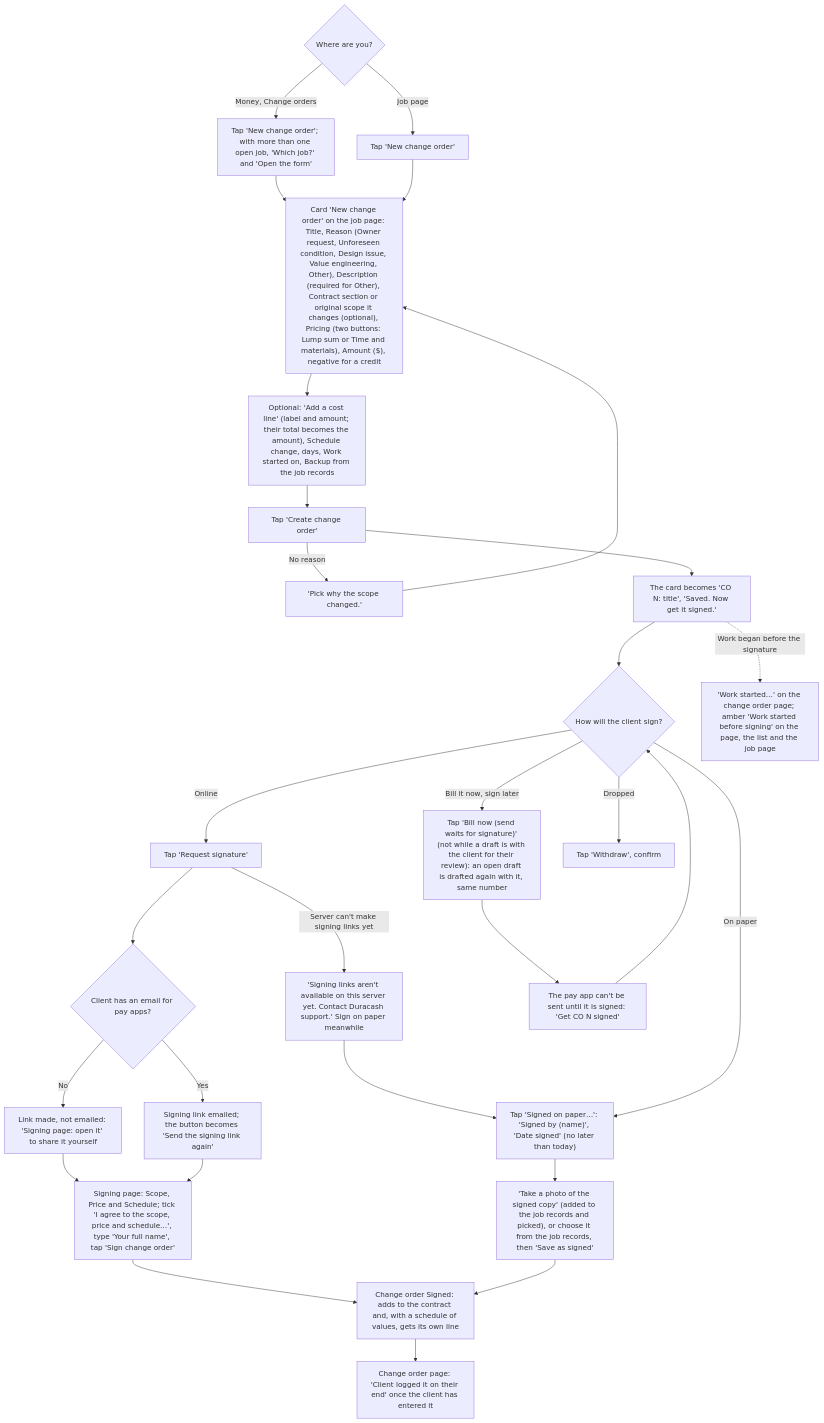
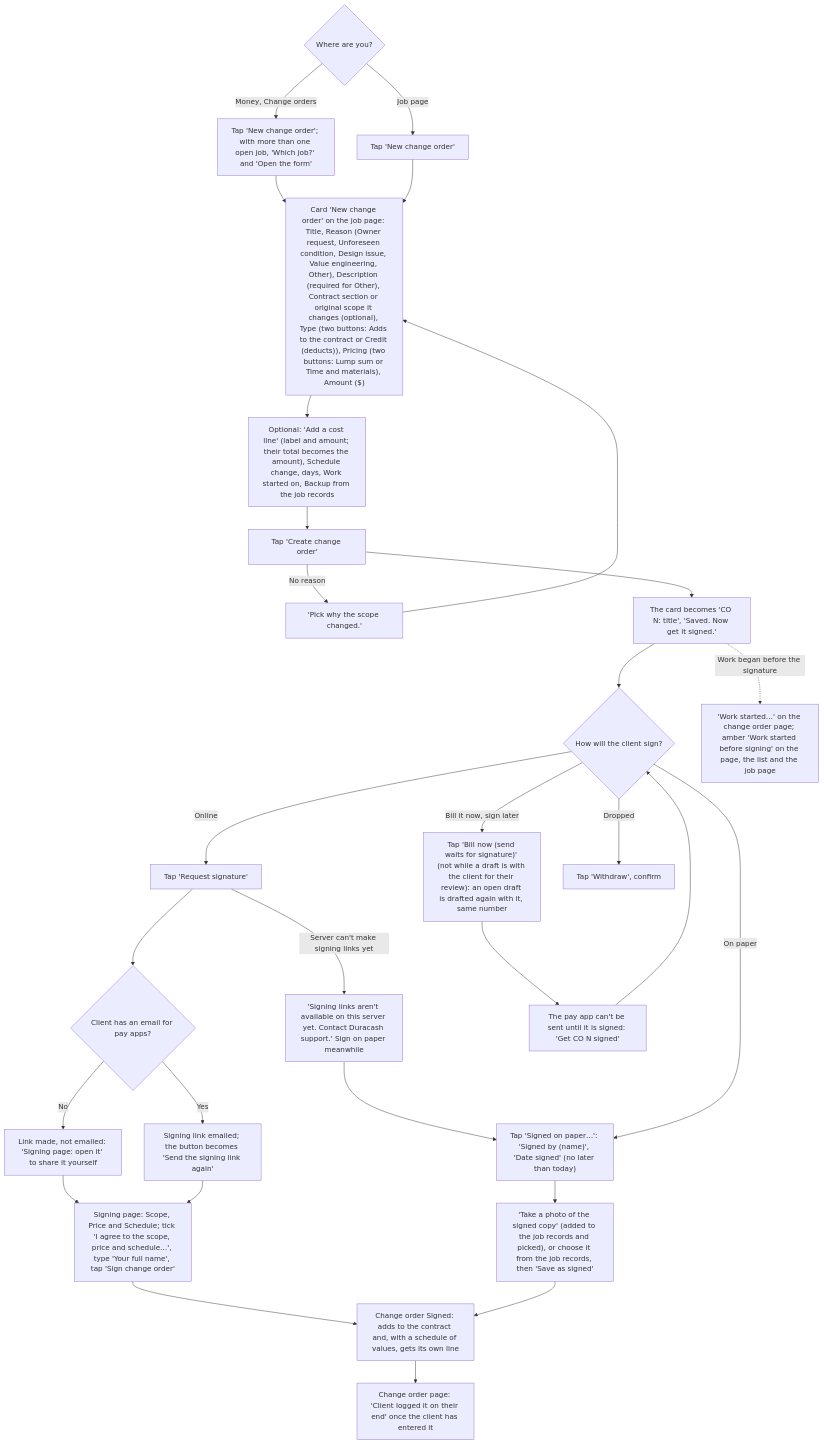
One commit to cartwrightstephen/billdable changed the sixth of 18 diagrams in docs/client-flows.md. Above: the diagram before and after it, drawn with Mermaid. The commit also changed 7 other files, not shown here.

First line of the commit message:
Change orders: a plain Credit (deducts) choice for a negative change order

````diff
--- a/docs/client-flows.md
+++ b/docs/client-flows.md
@@ -274,31 +274,31 @@
 ```mermaid
 flowchart TD
     A{"Where are you?"} -->|"Job page"| A1["Tap 'New change order'"]
     A -->|"Money, Change orders"| A2["Tap 'New change order'; with more than one open job, 'Which job?' and 'Open the form'"]
     A2 --> B
-    A1 --> B["Card 'New change order' on the job page: Title, Reason (Owner request, Unforeseen condition, Design issue, Value engineering, Other), Description (required for Other), Contract section or original scope it changes (optional), Pricing (two buttons: Lump sum or Time and materials), Amount ($), negative for a credit"]
+    A1 --> B["Card 'New change order' on the job page: Title, Reason (Owner request, Unforeseen condition, Design issue, Value engineering, Other), Description (required for Other), Contract section or original scope it changes (optional), Type (two buttons: Adds to the contract or Credit (deducts)), Pricing (two buttons: Lump sum or Time and materials), Amount ($)"]
     B --> B2["Optional: 'Add a cost line' (label and amount; their total becomes the amount), Schedule change, days, Work started on, Backup from the job records"]
     B2 --> D["Tap 'Create change order'"]
     D -->|"No reason"| D2["'Pick why the scope changed.'"]
     D2 --> B
     D --> E["The card becomes 'CO N: title', 'Saved. Now get it signed.'"]
     E --> F{"How will the client sign?"}
     F -->|"Online"| G["Tap 'Request signature'"]
     G -->|"Server can't make signing links yet"| G2["'Signing links aren't available on this server yet. Contact Duracash support.' Sign on paper meanwhile"]
     G2 --> L
     G --> H{"Client has an email for pay apps?"}
     H -->|"Yes"| I["Signing link emailed; the button becomes 'Send the signing link again'"]
     H -->|"No"| J["Link made, not emailed: 'Signing page: open it' to share it yourself"]
     J --> K
     I --> K["Signing page: Scope, Price and Schedule; tick 'I agree to the scope, price and schedule…', type 'Your full name', tap 'Sign change order'"]
     F -->|"On paper"| L["Tap 'Signed on paper…': 'Signed by (name)', 'Date signed' (no later than today)"]
     L --> M["'Take a photo of the signed copy' (added to the job records and picked), or choose it from the job records, then 'Save as signed'"]
     F -->|"Bill it now, sign later"| N["Tap 'Bill now (send waits for signature)' (not while a draft is with the client for their review): an open draft is drafted again with it, same number"]
     N --> O["The pay app can't be sent until it is signed: 'Get CO N signed'"]
     O --> F
     F -->|"Dropped"| P["Tap 'Withdraw', confirm"]
     K --> Q["Change order Signed: adds to the contract and, with a schedule of values, gets its own line"]
     M --> Q
     Q --> R["Change order page: 'Client logged it on their end' once the client has entered it"]
     E -.->|"Work began before the signature"| W["'Work started…' on the change order page; amber 'Work started before signing' on the page, the list and the job page"]
 ```
````
